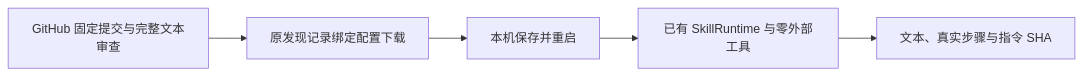
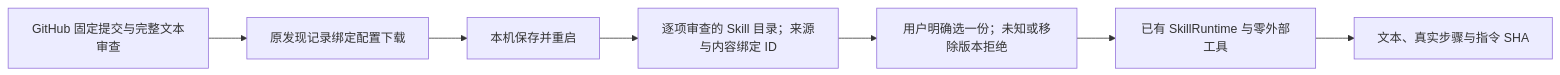
One commit to KlayPeter/AI-Delivery-Ops-Agent changed the seventh of 7 diagrams in backend/src/platform/FEATURE.md. Above: the diagram before and after it, drawn with Mermaid. The commit also changed other lines of this file and 17 other files, not shown here.

````diff
--- a/backend/src/platform/FEATURE.md
+++ b/backend/src/platform/FEATURE.md
@@ -437,7 +437,9 @@
 ```mermaid
 flowchart LR
     SK_URL[GitHub 固定提交与完整文本审查] --> SK_PROFILE[原发现记录绑定配置下载]
     SK_PROFILE --> SK_RESTART[本机保存并重启]
-    SK_RESTART --> SK_RUNTIME[已有 SkillRuntime 与零外部工具]
+    SK_RESTART --> SK_CATALOG[逐项审查的 Skill 目录；来源与内容绑定 ID]
+    SK_CATALOG --> SK_SELECT[用户明确选一份；未知或移除版本拒绝]
+    SK_SELECT --> SK_RUNTIME[已有 SkillRuntime 与零外部工具]
     SK_RUNTIME --> SK_TRACE[文本、真实步骤与指令 SHA]
 ```
````
